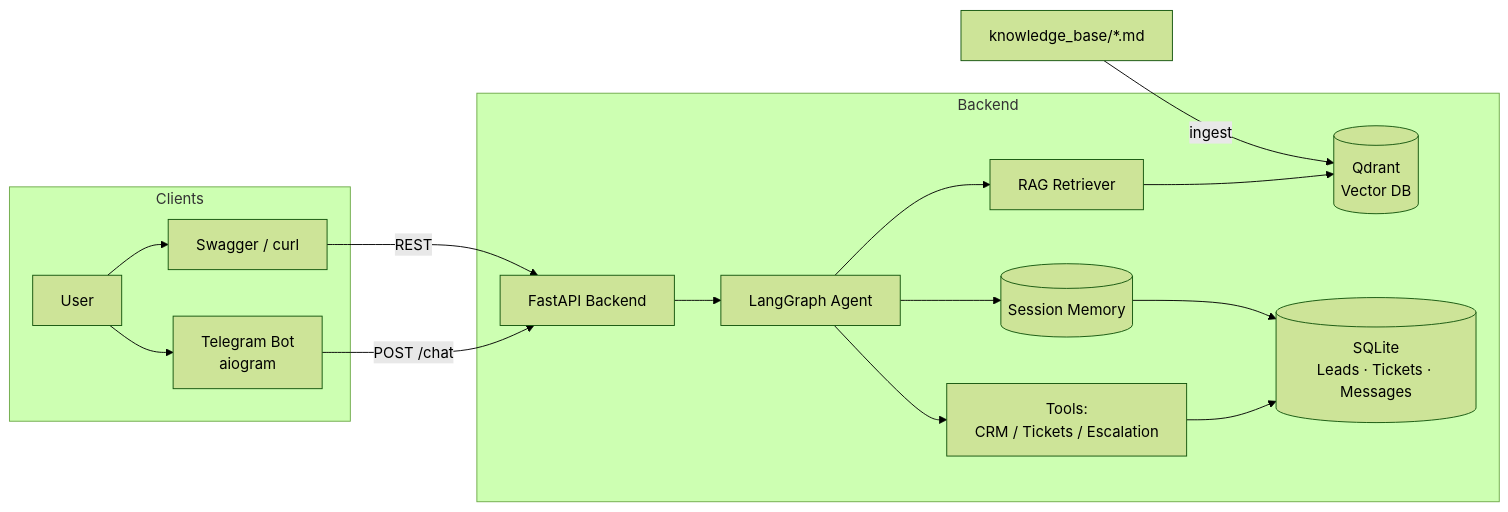
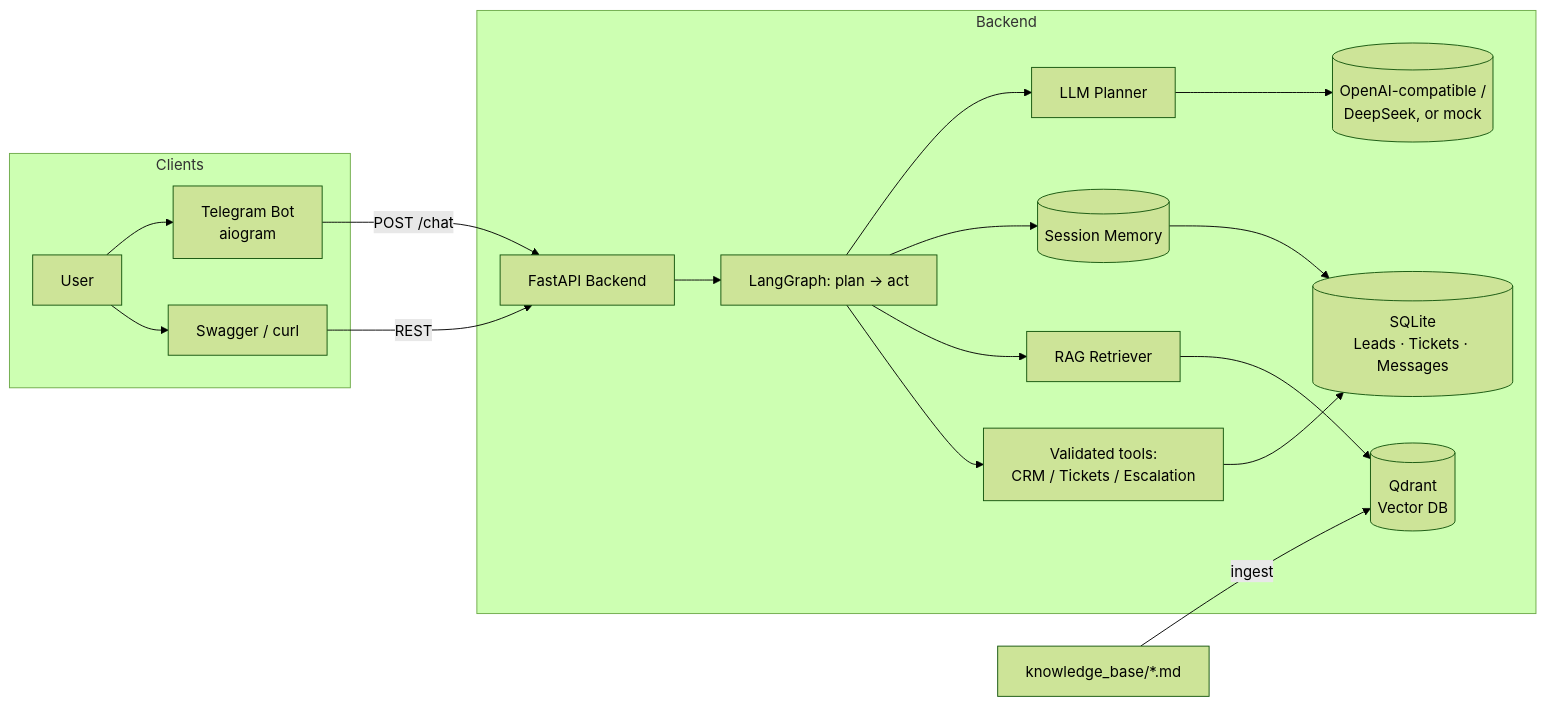
One commit to HullyMully/ai-marketing-agent-rag-langgraph changed the first of 2 diagrams in README.md. Above: the diagram before and after it, drawn with Mermaid (forest theme). The commit also changed other lines of this file and 17 other files, not shown here.

````diff
--- a/README.md
+++ b/README.md
@@ -126,21 +134,23 @@
 ```mermaid
 flowchart LR
     subgraph Clients
       U[User] --> TG[Telegram Bot<br/>aiogram]
       U --> SW[Swagger / curl]
     end
     TG -->|POST /chat| API[FastAPI Backend]
     SW -->|REST| API
 
     subgraph Backend
-      API --> AG[LangGraph Agent]
+      API --> AG[LangGraph: plan -> act]
+      AG --> PL[LLM Planner]
+      PL --> LLM[(OpenAI-compatible /<br/>DeepSeek, or mock)]
       AG --> MEM[(Session Memory)]
       AG --> RAG[RAG Retriever]
-      AG --> TOOLS[Tools:<br/>CRM / Tickets / Escalation]
+      AG --> TOOLS[Validated tools:<br/>CRM / Tickets / Escalation]
       RAG --> QD[(Qdrant<br/>Vector DB)]
       TOOLS --> DB[(SQLite<br/>Leads · Tickets · Messages)]
       MEM --> DB
     end
 
     KB[knowledge_base/*.md] -->|ingest| QD
 ```
````
